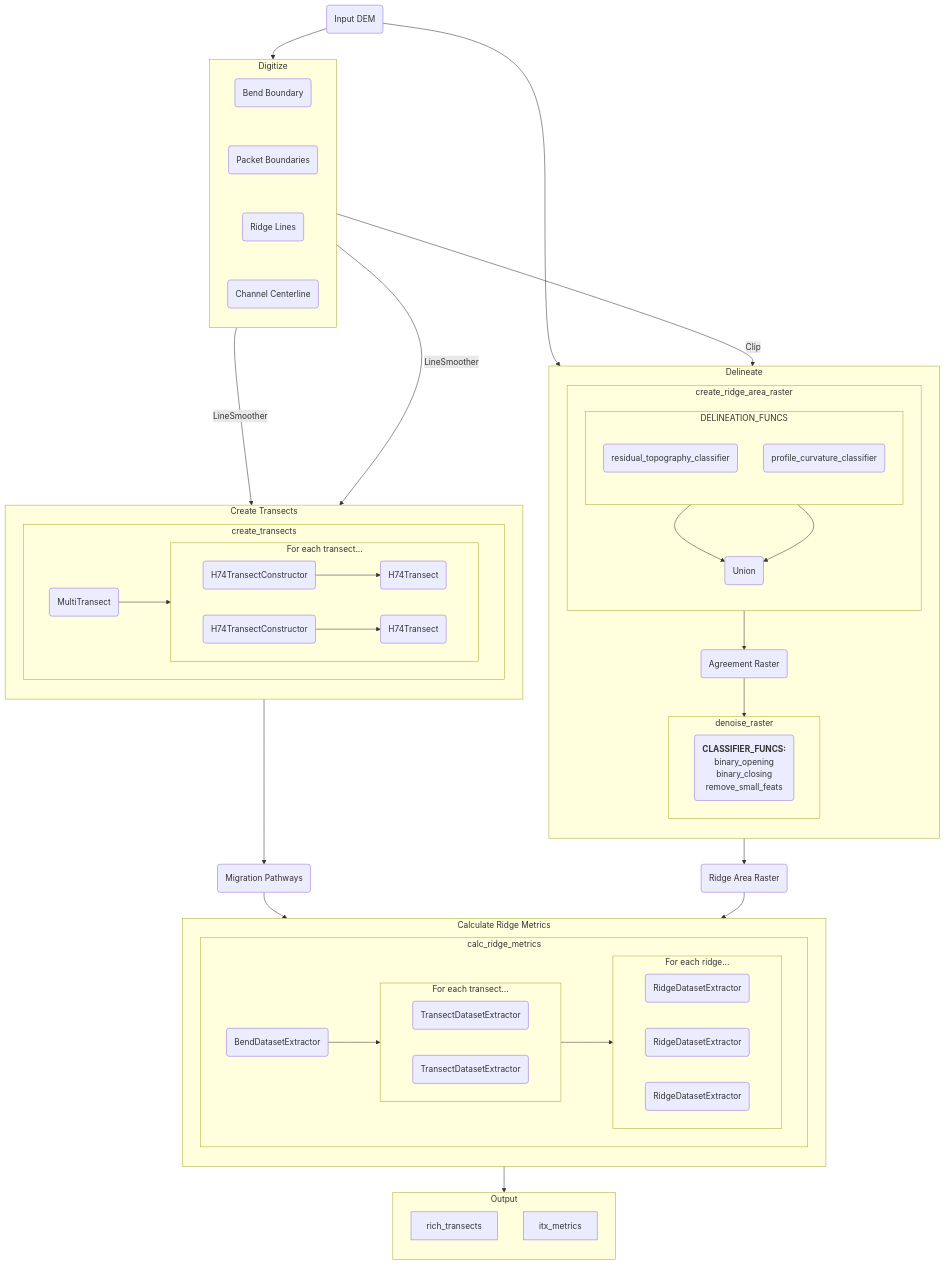
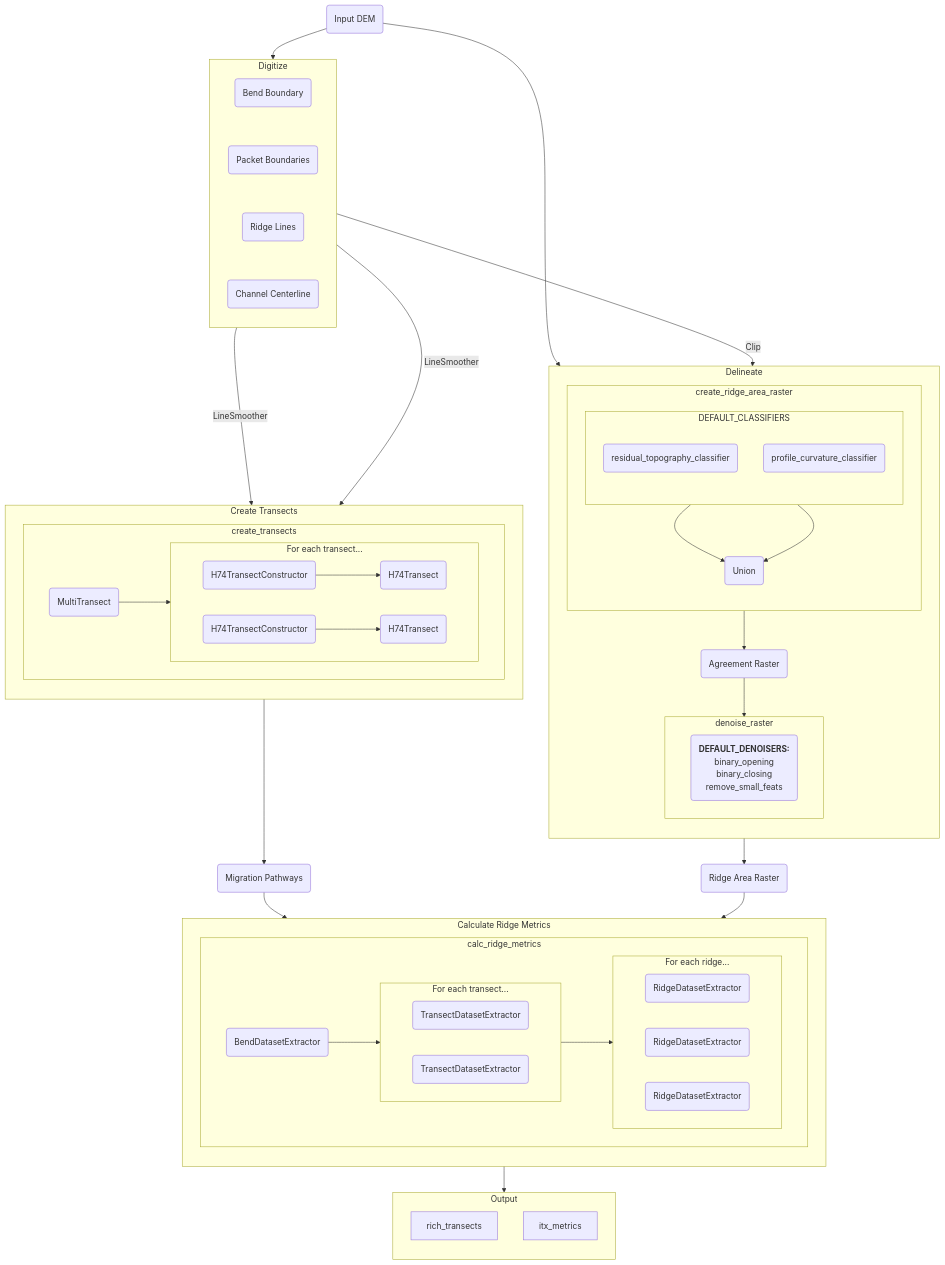
The diagram in ARCHITECTURE.md (tamu-edu/scrollstats), drawn with Mermaid before and after one commit. The commit also changed other lines of this file, not shown here.

Commit message:
delineation updates

```diff
--- a/ARCHITECTURE.md
+++ b/ARCHITECTURE.md
@@ -78,7 +78,7 @@
     direction TD
 	subgraph CRAR [create_ridge_area_raster]
         direction TD
-        subgraph DELINEATION_FUNCS
+        subgraph DEFAULT_CLASSIFIERS
             direction TD
             rt(residual_topography_classifier)
             pc(profile_curvature_classifier)
@@ -88,7 +88,7 @@
 	end
 
     subgraph denoise_raster
-        DF("`**CLASSIFIER_FUNCS:**
+        DF("`**DEFAULT_DENOISERS:**
             binary_opening
             binary_closing
             remove_small_feats`")
```
